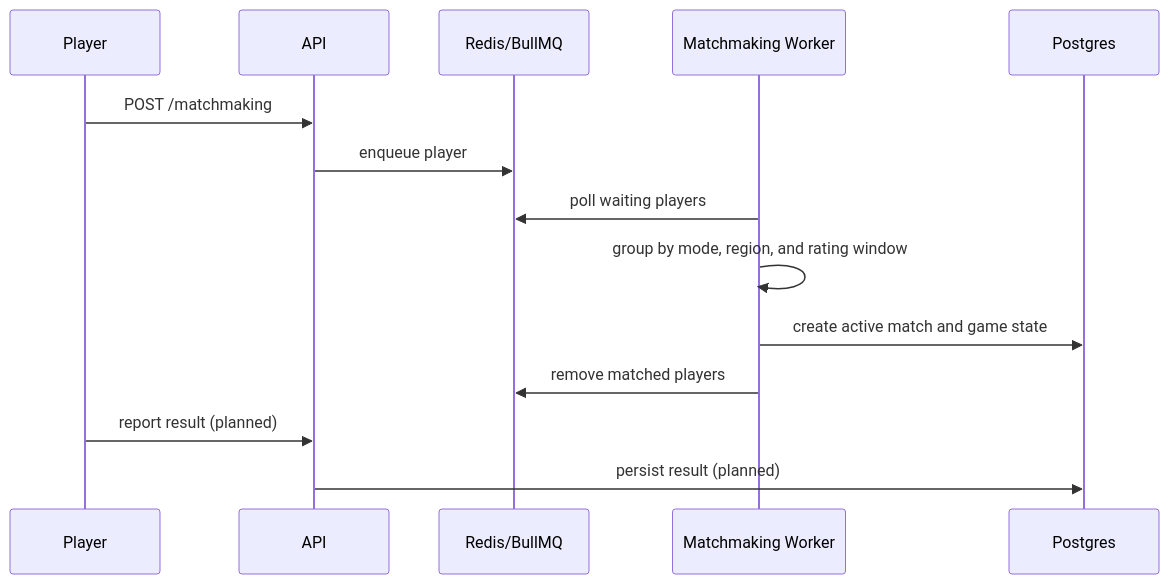
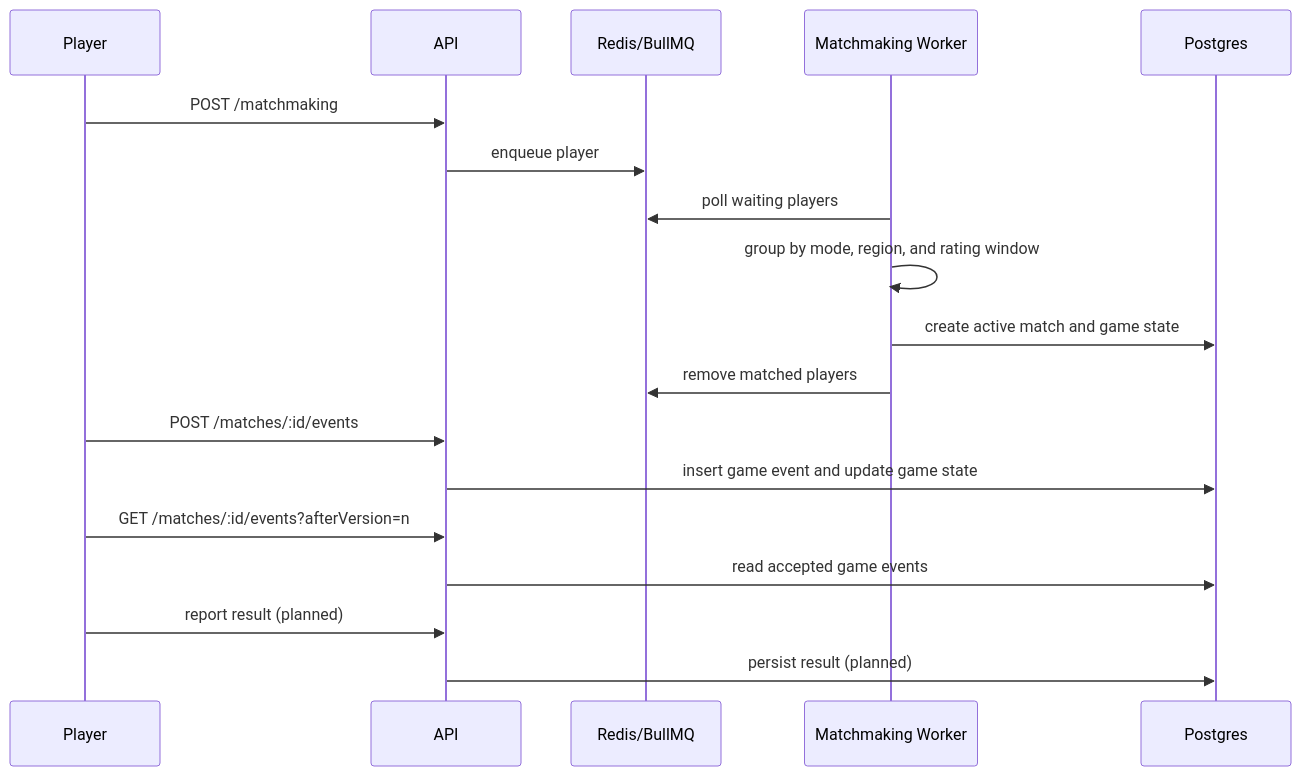
One commit to keezeden/qtime changed the second of 2 diagrams in docs/architecture.md. Above: the diagram before and after it, drawn with Mermaid. The commit also changed other lines of this file and 18 other files, not shown here.

Commit message:
feat(game): add multiplayer event polling flow

````diff
--- a/docs/architecture.md
+++ b/docs/architecture.md
@@ -101,17 +102,21 @@
 ```mermaid
 sequenceDiagram
   participant Player
   participant API
   participant Redis as Redis/BullMQ
   participant Worker as Matchmaking Worker
   participant DB as Postgres
 
   Player->>API: POST /matchmaking
   API->>Redis: enqueue player
   Worker->>Redis: poll waiting players
   Worker->>Worker: group by mode, region, and rating window
   Worker->>DB: create active match and game state
   Worker->>Redis: remove matched players
+  Player->>API: POST /matches/:id/events
+  API->>DB: insert game event and update game state
+  Player->>API: GET /matches/:id/events?afterVersion=n
+  API->>DB: read accepted game events
   Player->>API: report result (planned)
   API->>DB: persist result (planned)
 ```
````
